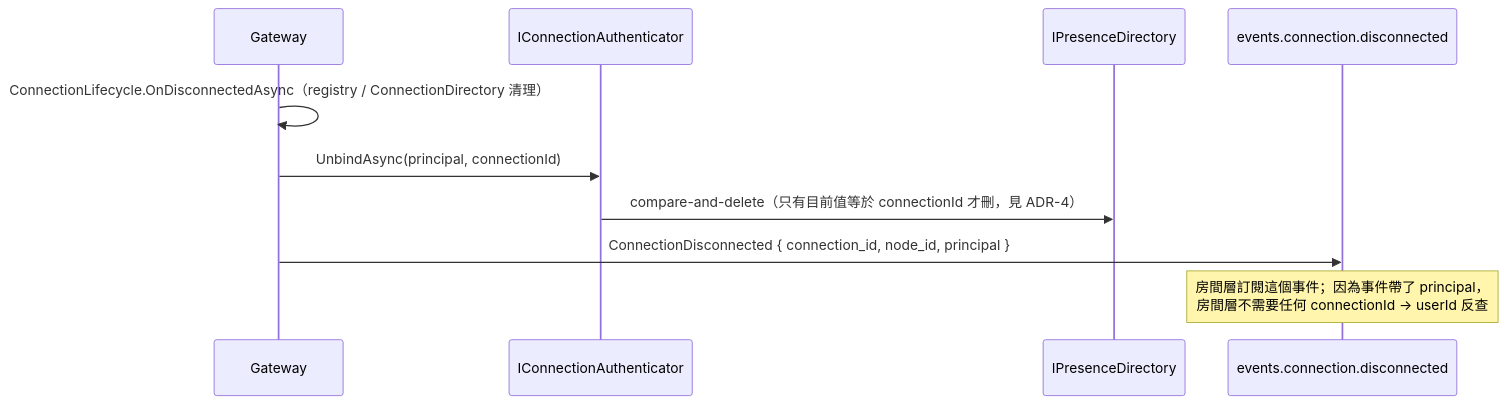
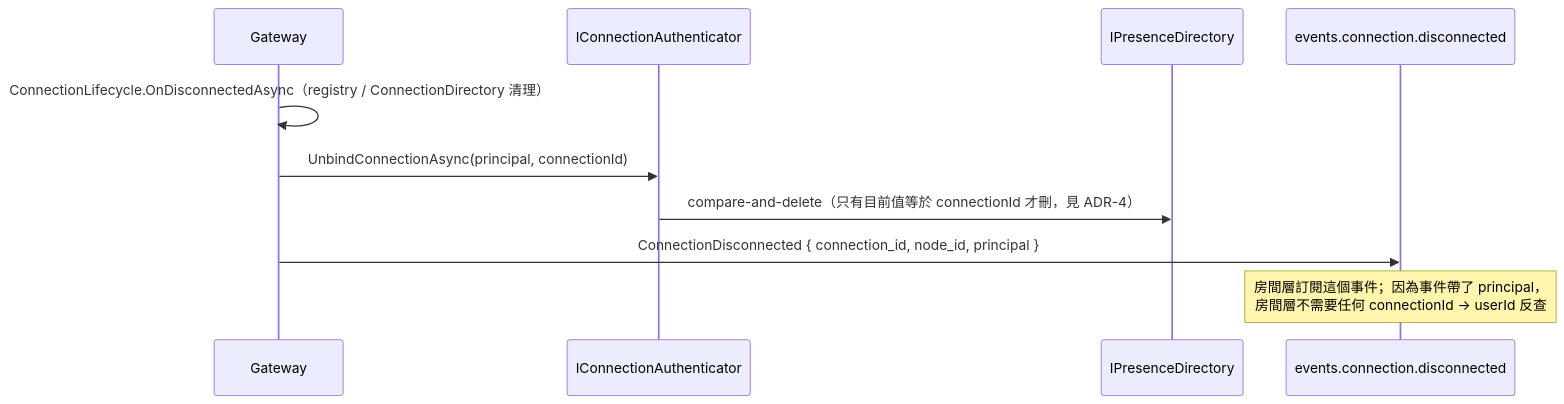
Before and after one commit to yggdrasill-dev/ChatSystem: the fifth of 5 diagrams in docs/architecture/identity-layer.md, drawn with Mermaid. The commit also changed other lines of this file and 36 other files, not shown here.

````diff
--- a/docs/architecture/identity-layer.md
+++ b/docs/architecture/identity-layer.md
@@ -184,13 +184,13 @@
 ```mermaid
 sequenceDiagram
     participant GW as Gateway
     participant CA as IConnectionAuthenticator
     participant PD as IPresenceDirectory
     participant EV as events.connection.disconnected
 
     GW->>GW: ConnectionLifecycle.OnDisconnectedAsync（registry / ConnectionDirectory 清理）
-    GW->>CA: UnbindAsync(principal, connectionId)
+    GW->>CA: UnbindConnectionAsync(principal, connectionId)
     CA->>PD: compare-and-delete（只有目前值等於 connectionId 才刪，見 ADR-4）
     GW->>EV: ConnectionDisconnected { connection_id, node_id, principal }
     Note over EV: 房間層訂閱這個事件；因為事件帶了 principal，<br/>房間層不需要任何 connectionId → userId 反查
 ```
````
